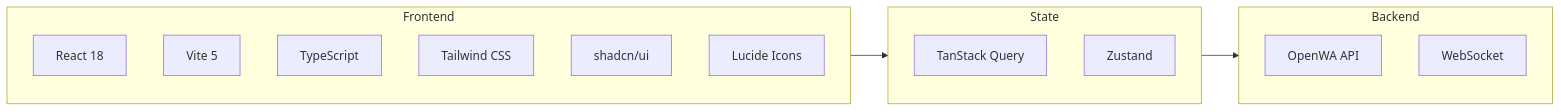
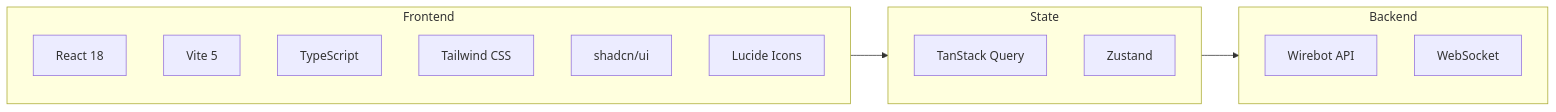
Before and after one commit to Octapus-systems/whatsapp_Dashboard: the first of 2 diagrams in docs/17-dashboard-design.md, drawn with Mermaid. The commit also changed other lines of this file and 86 other files, not shown here.

Commit message:
chore: rebrand OpenWA to Wirebot, attribute to Jishad

````diff
--- a/docs/17-dashboard-design.md
+++ b/docs/17-dashboard-design.md
@@ -9,24 +9,24 @@
 ```mermaid
 flowchart LR
     subgraph Frontend
         REACT[React 18]
         VITE[Vite 5]
         TS[TypeScript]
         TW[Tailwind CSS]
         SHADCN[shadcn/ui]
         LUCIDE[Lucide Icons]
     end
 
     subgraph State
         TANSTACK[TanStack Query]
         ZUSTAND[Zustand]
     end
 
     subgraph Backend
-        API[OpenWA API]
+        API[Wirebot API]
         WS[WebSocket]
     end
 
     Frontend --> State
     State --> Backend
 ```
````
